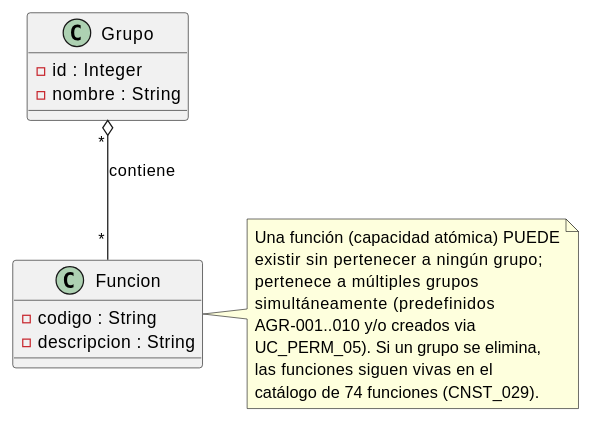
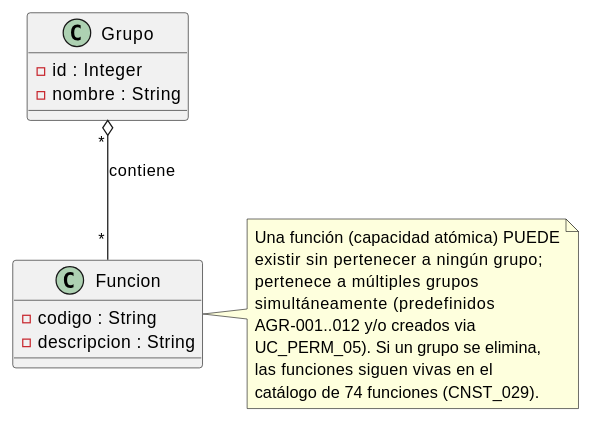
The first of 17 diagrams in source/requisitos/_metodologia-aplicacion/agregacion-interfaces.rst (jcg-admin/IACT-docs), drawn with PlantUML before and after one commit. The commit also changed 44 other files, not shown here.

```diff
--- a/source/requisitos/_metodologia-aplicacion/agregacion-interfaces.rst
+++ b/source/requisitos/_metodologia-aplicacion/agregacion-interfaces.rst
@@ -66,26 +66,26 @@
 .. uml::
 
    @startuml
    allowmixing
 
    class Grupo {
      - id : Integer
      - nombre : String
    }
    class Funcion {
      - codigo : String
      - descripcion : String
    }
 
    Grupo "*" o-- "*" Funcion : contiene
    note right of Funcion
      Una función (capacidad atómica) PUEDE
      existir sin pertenecer a ningún grupo;
      pertenece a múltiples grupos
      simultáneamente (predefinidos
-     AGR-001..010 y/o creados via
+     AGR-001..012 y/o creados via
      UC_PERM_05). Si un grupo se elimina,
      las funciones siguen vivas en el
      catálogo de 74 funciones (CNST_029).
    end note
    @enduml
```
